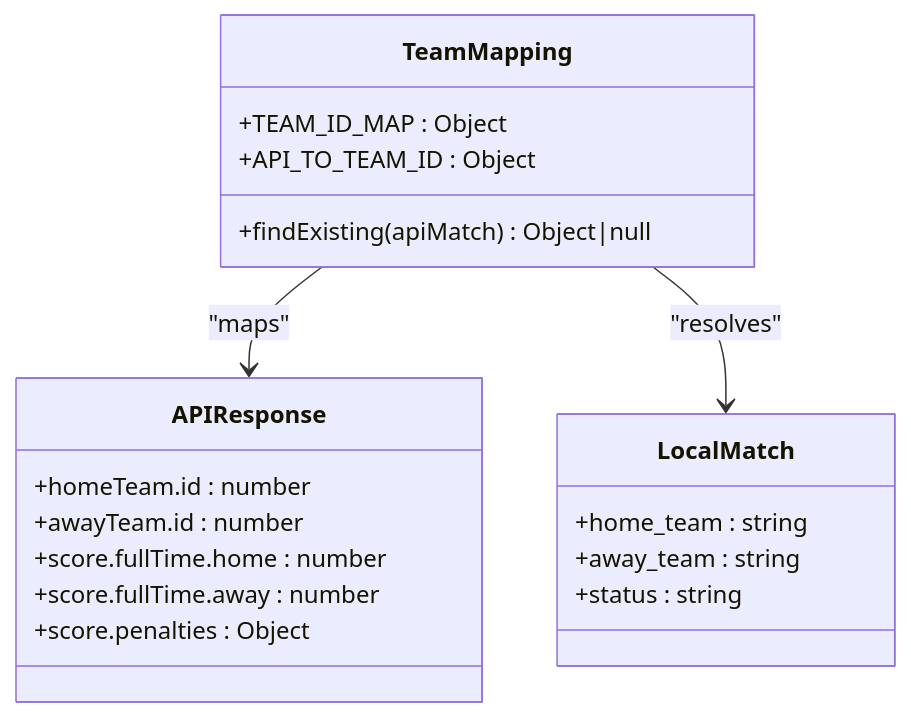
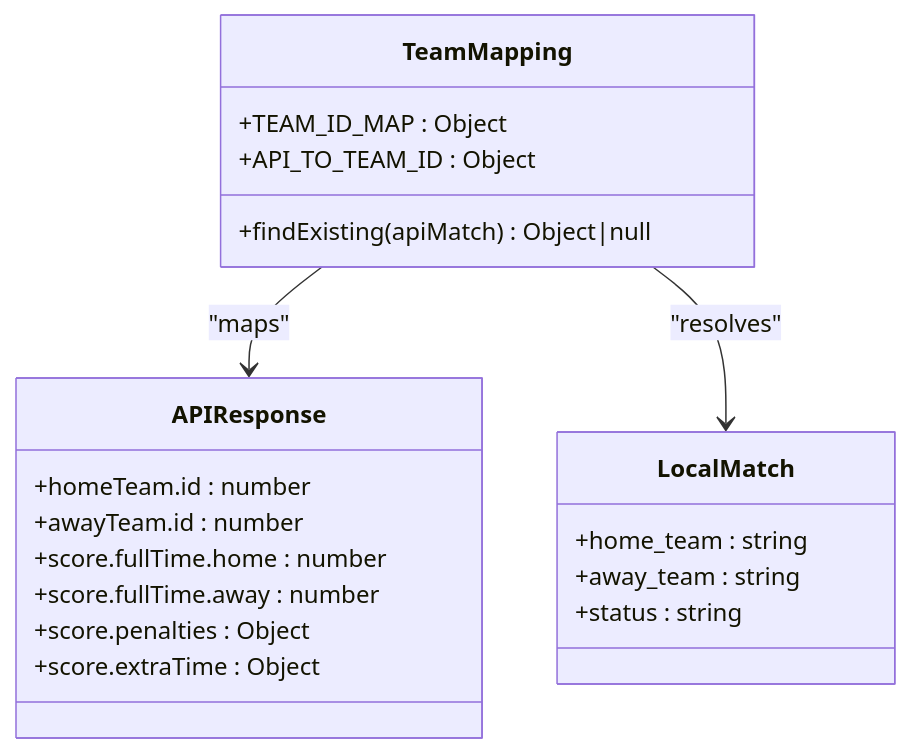
Before and after one commit to cheesiong/WC26-qwen: the fourth of 8 diagrams in .qoder/repowiki/en/content/Data Services/Live Data Integration.md, drawn with Mermaid. The commit also changed other lines of this file and 30 other files, not shown here.

````diff
--- a/.qoder/repowiki/en/content/Data Services/Live Data Integration.md
+++ b/.qoder/repowiki/en/content/Data Services/Live Data Integration.md
@@ -197,22 +221,23 @@
 ```mermaid
 classDiagram
 class TeamMapping {
 +TEAM_ID_MAP : Object
 +API_TO_TEAM_ID : Object
 +findExisting(apiMatch) Object|null
 }
 class APIResponse {
 +homeTeam.id : number
 +awayTeam.id : number
 +score.fullTime.home : number
 +score.fullTime.away : number
 +score.penalties : Object
++score.extraTime : Object
 }
 class LocalMatch {
 +home_team : string
 +away_team : string
 +status : string
 }
 TeamMapping --> APIResponse : "maps"
 TeamMapping --> LocalMatch : "resolves"
 ```
````
